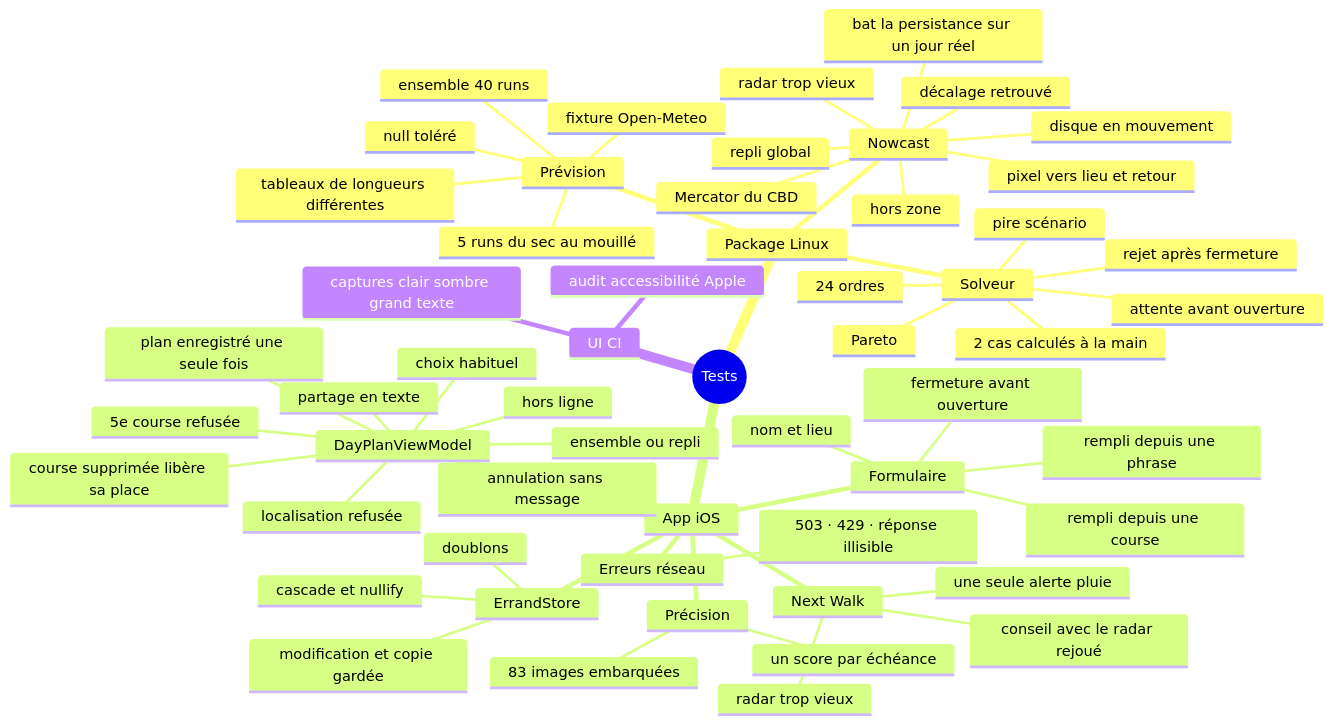
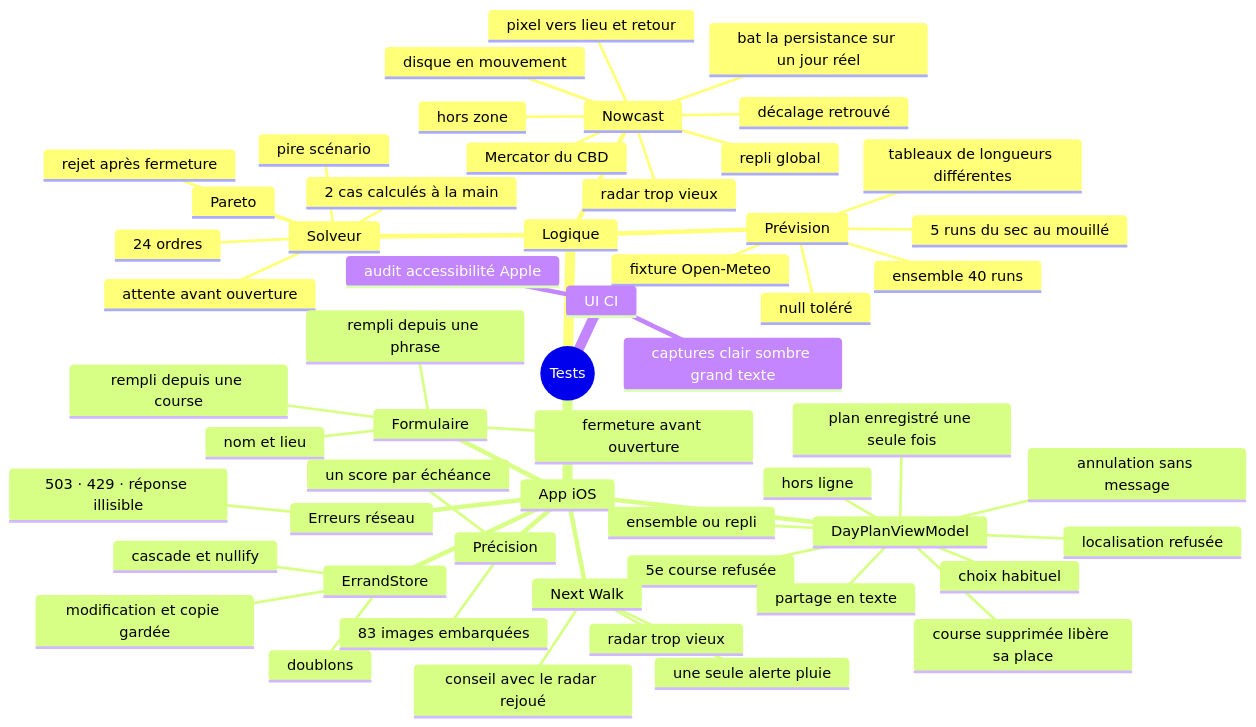
Before and after one commit to clembdn/WeatherWindows: diagram 14 of 14 in docs/explication-du-code.md, drawn with Mermaid. The commit also changed other lines of this file and 240 other files, not shown here.

````diff
--- a/docs/explication-du-code.md
+++ b/docs/explication-du-code.md
@@ -593,59 +768,59 @@
 ```mermaid
 mindmap
   root((Tests))
-    Package Linux
+    Logique
       Solveur
         attente avant ouverture
         rejet après fermeture
         24 ordres
         pire scénario
         Pareto
         2 cas calculés à la main
       Prévision
         fixture Open-Meteo
         null toléré
         tableaux de longueurs différentes
         ensemble 40 runs
         5 runs du sec au mouillé
       Nowcast
         Mercator du CBD
         pixel vers lieu et retour
         décalage retrouvé
         disque en mouvement
         repli global
         bat la persistance sur un jour réel
         radar trop vieux
         hors zone
     App iOS
       ErrandStore
         doublons
         cascade et nullify
         modification et copie gardée
       Formulaire
         nom et lieu
         fermeture avant ouverture
         rempli depuis une course
         rempli depuis une phrase
       DayPlanViewModel
         5e course refusée
         hors ligne
         localisation refusée
         annulation sans message
         plan enregistré une seule fois
         course supprimée libère sa place
         choix habituel
         partage en texte
         ensemble ou repli
       Erreurs réseau
         503 · 429 · réponse illisible
       Next Walk
         conseil avec le radar rejoué
         radar trop vieux
         une seule alerte pluie
       Précision
         83 images embarquées
         un score par échéance
     UI CI
       captures clair sombre grand texte
       audit accessibilité Apple
 ```
````
